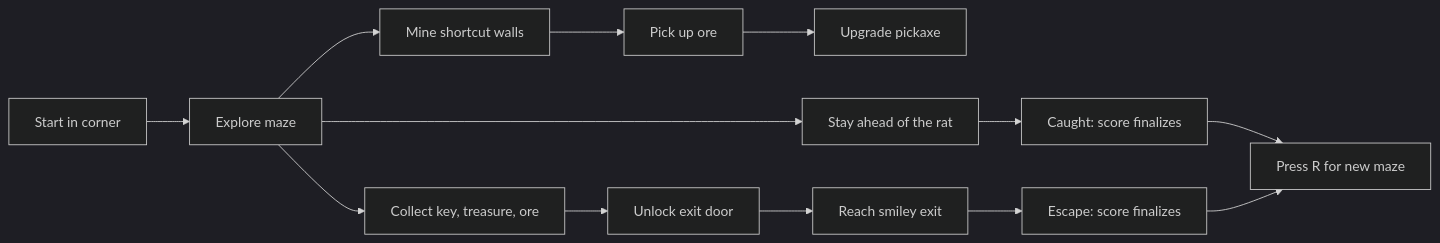
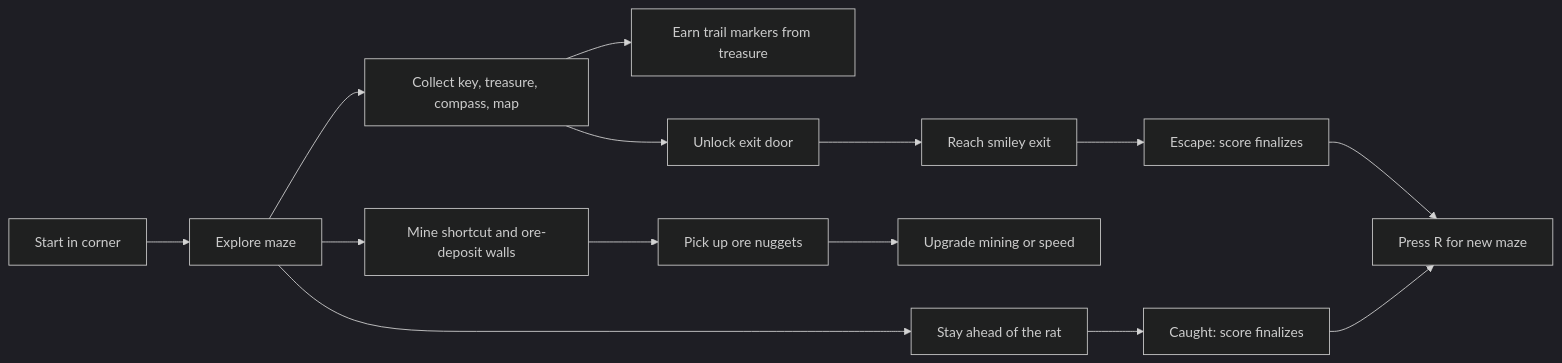
Before and after one commit to WilliamNHarvey/monkey-miner-rs: the diagram in README.md, drawn with Mermaid (dark theme). The commit also changed other lines of this file and 2 other files, not shown here.

Commit message:
limit markers

````diff
--- a/README.md
+++ b/README.md
@@ -13,15 +13,16 @@
 ```mermaid
 flowchart LR
     Start[Start in corner] --> Explore[Explore maze]
-    Explore --> Collect[Collect key, treasure, ore]
-    Explore --> Mine[Mine shortcut walls]
-    Mine --> Ore[Pick up ore]
-    Ore --> Upgrade[Upgrade pickaxe]
+    Explore --> Collect[Collect key, treasure, compass, map]
+    Explore --> Mine[Mine shortcut and ore-deposit walls]
+    Mine --> Ore[Pick up ore nuggets]
+    Ore --> Upgrade[Upgrade mining or speed]
+    Collect --> Markers[Earn trail markers from treasure]
     Collect --> Door[Unlock exit door]
     Door --> Exit[Reach smiley exit]
     Explore --> Rat[Stay ahead of the rat]
     Rat --> Caught[Caught: score finalizes]
     Exit --> Win[Escape: score finalizes]
     Caught --> Restart[Press R for new maze]
     Win --> Restart
 ```
````
